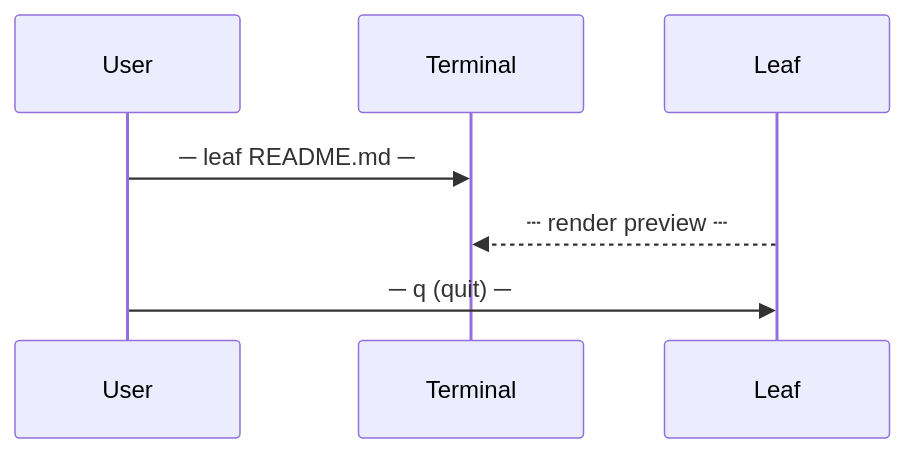
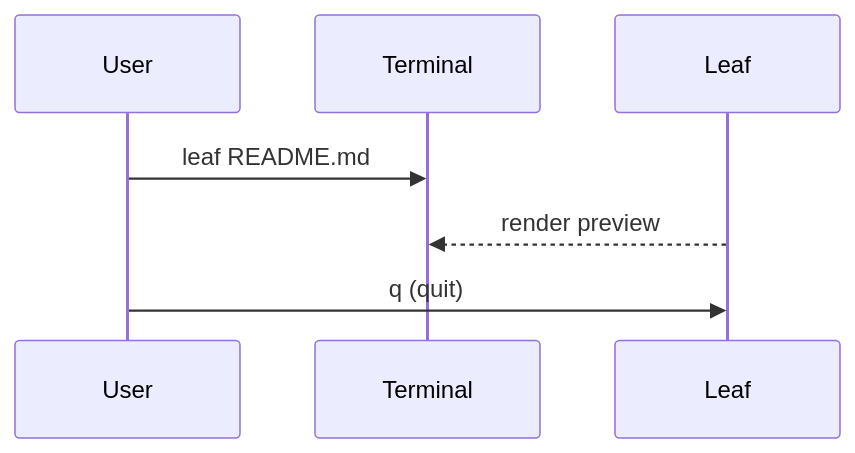
Before and after one commit to 0xwal/leaf: the diagram in demo/sources/demo-mermaid-render.md, drawn with Mermaid. The commit also changed 3 other files, not shown here.

````diff
--- a/demo/sources/demo-mermaid-render.md
+++ b/demo/sources/demo-mermaid-render.md
@@ -10,9 +10,9 @@
 ```mermaid
 sequenceDiagram
     participant U as User
     participant T as Terminal
     participant L as Leaf
-    U->>T: ─ leaf README.md ─
-    L-->>T: ┄ render preview ┄
-    U->>L: ─ q (quit) ─
+    U->>T: leaf README.md
+    L-->>T: render preview
+    U->>L: q (quit)
 ```
````
